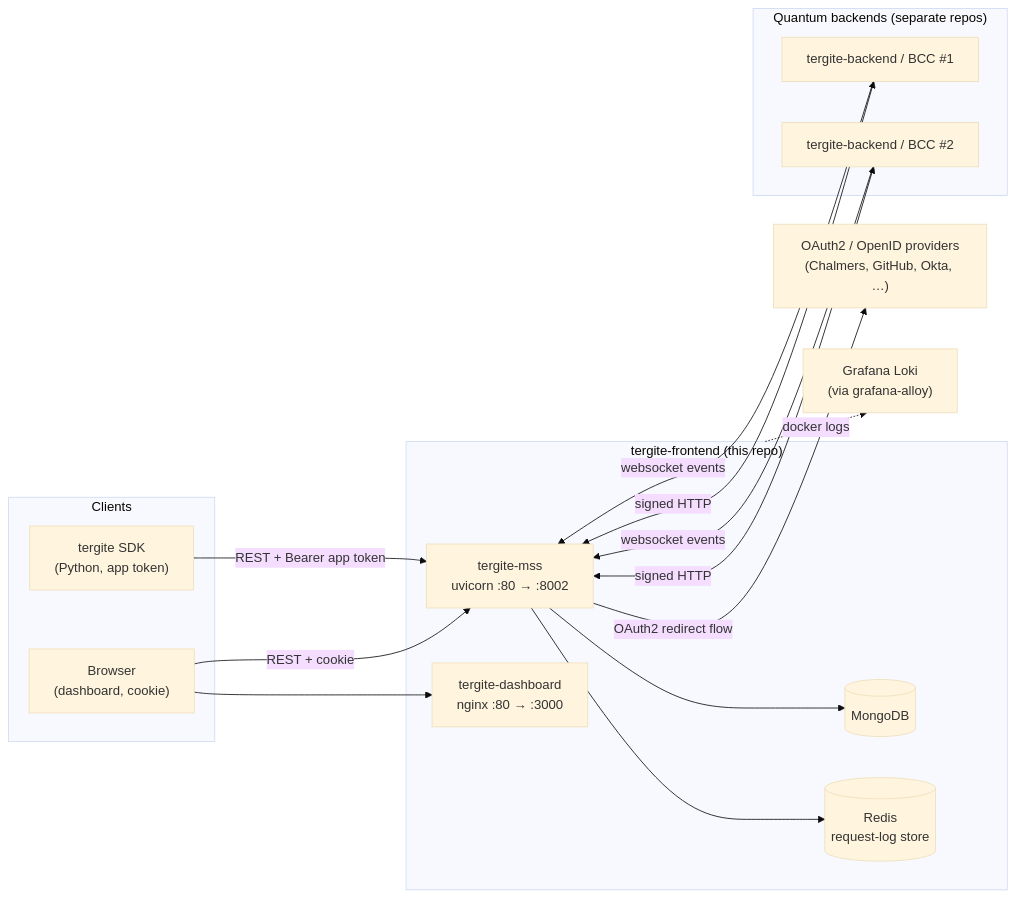
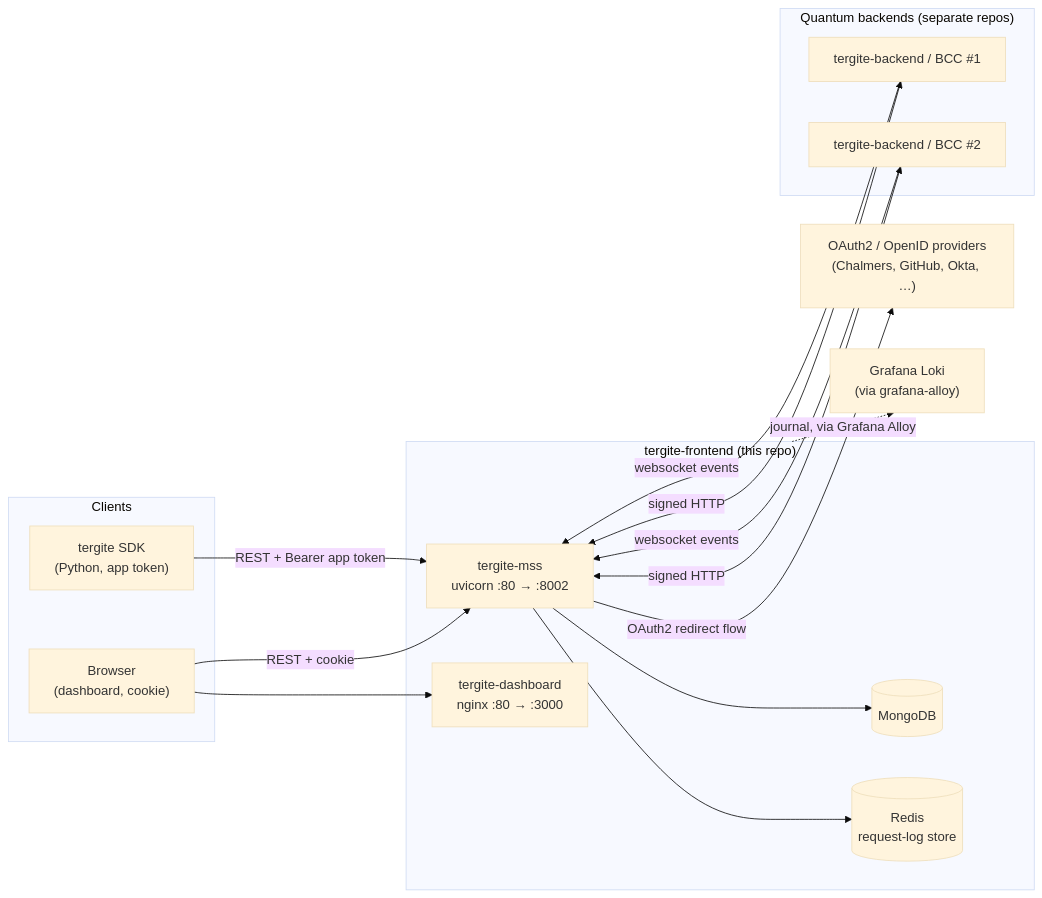
The first of 2 diagrams in DESIGN.md (tergite/tergite-frontend), drawn with Mermaid (base theme) before and after one commit. The commit also changed other lines of this file and 14 other files, not shown here.

````diff
--- a/DESIGN.md
+++ b/DESIGN.md
@@ -32,34 +32,34 @@
 ```mermaid
 flowchart LR
     subgraph clients [Clients]
       SDK["tergite SDK<br/>(Python, app token)"]
       Browser["Browser<br/>(dashboard, cookie)"]
     end
 
     subgraph frontend ["tergite-frontend (this repo)"]
       Dash["tergite-dashboard<br/>nginx :80 → :3000"]
       MSS["tergite-mss<br/>uvicorn :80 → :8002"]
       Mongo[("MongoDB")]
       Redis[("Redis<br/>request-log store")]
     end
 
     subgraph backends ["Quantum backends (separate repos)"]
       BCC1["tergite-backend / BCC #1"]
       BCC2["tergite-backend / BCC #2"]
     end
 
     IdP["OAuth2 / OpenID providers<br/>(Chalmers, GitHub, Okta, …)"]
     Loki["Grafana Loki<br/>(via grafana-alloy)"]
 
     Browser --> Dash
     Browser -->|"REST + cookie"| MSS
     SDK -->|"REST + Bearer app token"| MSS
     MSS --> Mongo
     MSS --> Redis
     MSS <-->|"signed HTTP"| BCC1
     MSS <-->|"signed HTTP"| BCC2
     BCC1 -->|"websocket events"| MSS
     BCC2 -->|"websocket events"| MSS
     MSS -->|"OAuth2 redirect flow"| IdP
-    frontend -.->|"docker logs"| Loki
+    frontend -.->|"journal, via Grafana Alloy"| Loki
 ```
````
